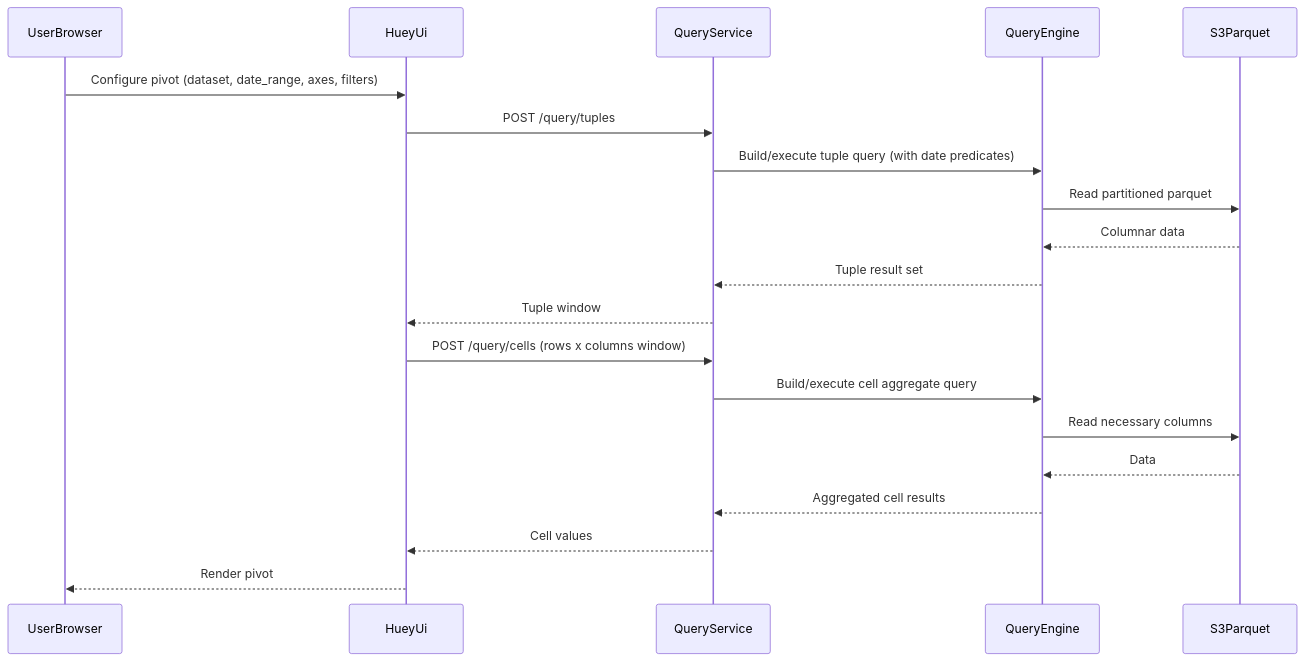
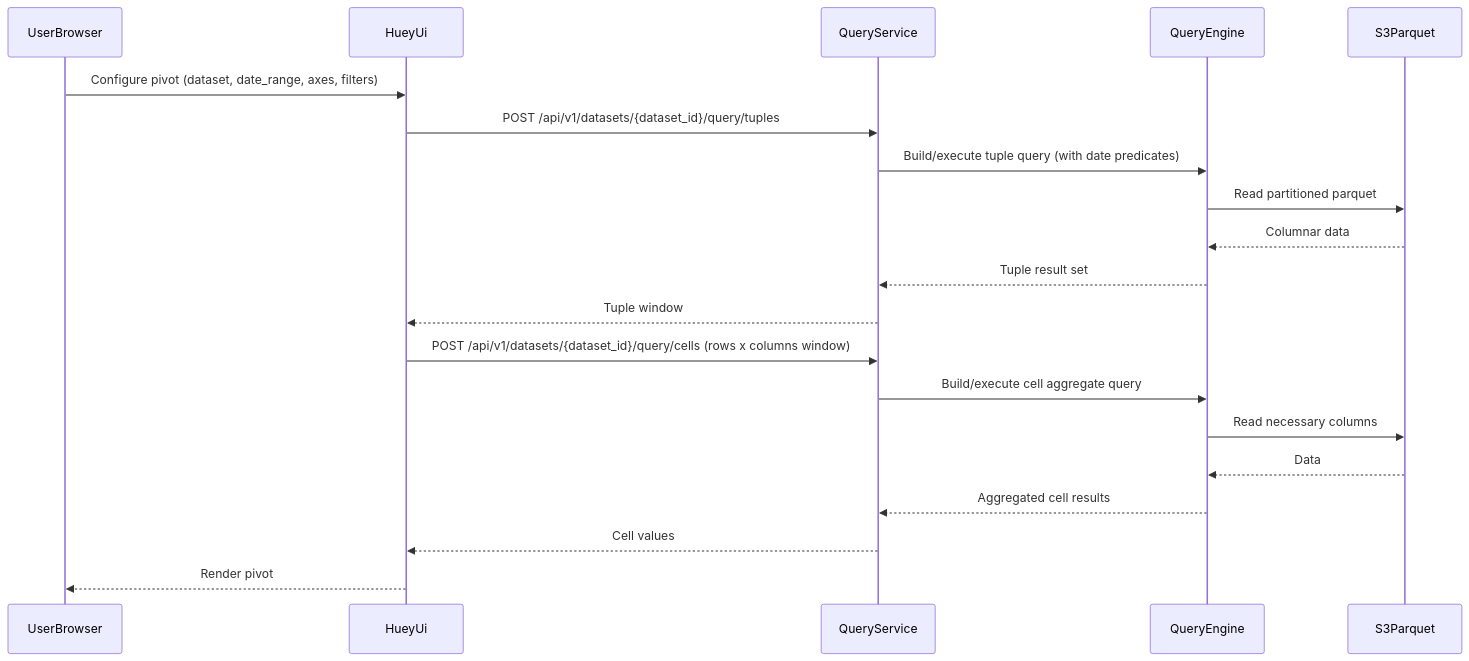
The second of 2 diagrams in docs/huey-large-scale-olap-architecture.md (tomanizer/huey), drawn with Mermaid before and after one commit. The commit also changed other lines of this file and 12 other files, not shown here.

````diff
--- a/docs/huey-large-scale-olap-architecture.md
+++ b/docs/huey-large-scale-olap-architecture.md
@@ -117,24 +117,24 @@
 ```mermaid
 sequenceDiagram
   participant U as UserBrowser
   participant H as HueyUi
   participant S as QueryService
   participant E as QueryEngine
   participant X as S3Parquet
 
   U->>H: Configure pivot (dataset, date_range, axes, filters)
-  H->>S: POST /query/tuples
+  H->>S: POST /api/v1/datasets/{dataset_id}/query/tuples
   S->>E: Build/execute tuple query (with date predicates)
   E->>X: Read partitioned parquet
   X-->>E: Columnar data
   E-->>S: Tuple result set
   S-->>H: Tuple window
 
-  H->>S: POST /query/cells (rows x columns window)
+  H->>S: POST /api/v1/datasets/{dataset_id}/query/cells (rows x columns window)
   S->>E: Build/execute cell aggregate query
   E->>X: Read necessary columns
   X-->>E: Data
   E-->>S: Aggregated cell results
   S-->>H: Cell values
   H-->>U: Render pivot
 ```
````
